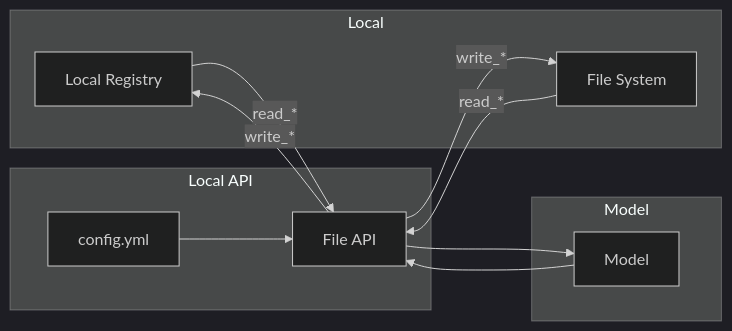
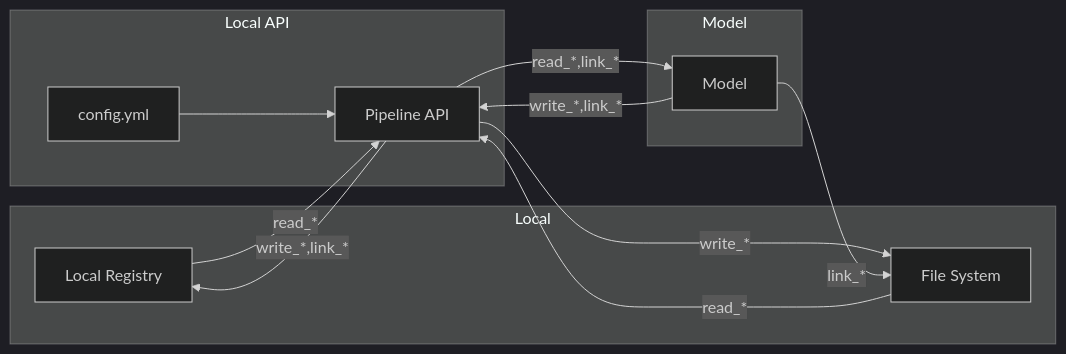
The first of 2 diagrams in content/docs/data_pipeline/introduction/_index.md (ScottishCovidResponse/hugo_source_files), drawn with Mermaid (dark theme) before and after one commit.

Commit message:
Complete "Running Models" diagram

```diff
--- a/content/docs/data_pipeline/introduction/_index.md
+++ b/content/docs/data_pipeline/introduction/_index.md
@@ -23,25 +23,26 @@
 {{<mermaid align="left">}}
 graph LR;
     subgraph Local
         LR[Local Registry]
         FS[File System]
     end
     subgraph Local API
-        API
-        CY
+        API[Pipeline API]
+        CY[config.yml]
     end
     subgraph Model
-        M
+        M[Model]
     end
-
-    LR-->|read_*| API[File API]
-    API-->|write_*| LR
+ 
+    LR -->|read_*| API
+    API-->|write_*,link_*| LR
     FS-->|read_*| API
     API-->|write_*| FS
 
-    CY[config.yml]-->API
+    CY-->API
 
-    API-->M[Model]
-    M-->API
+    API-->|read_*,link_*|M
+    M-->|write_*,link_*|API
+    M-->|link_*|FS
 
 {{< /mermaid >}}
```
